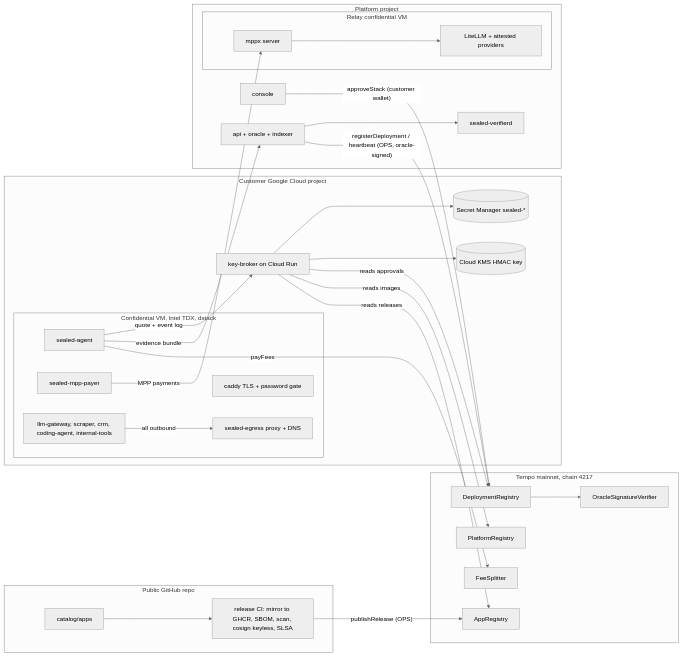
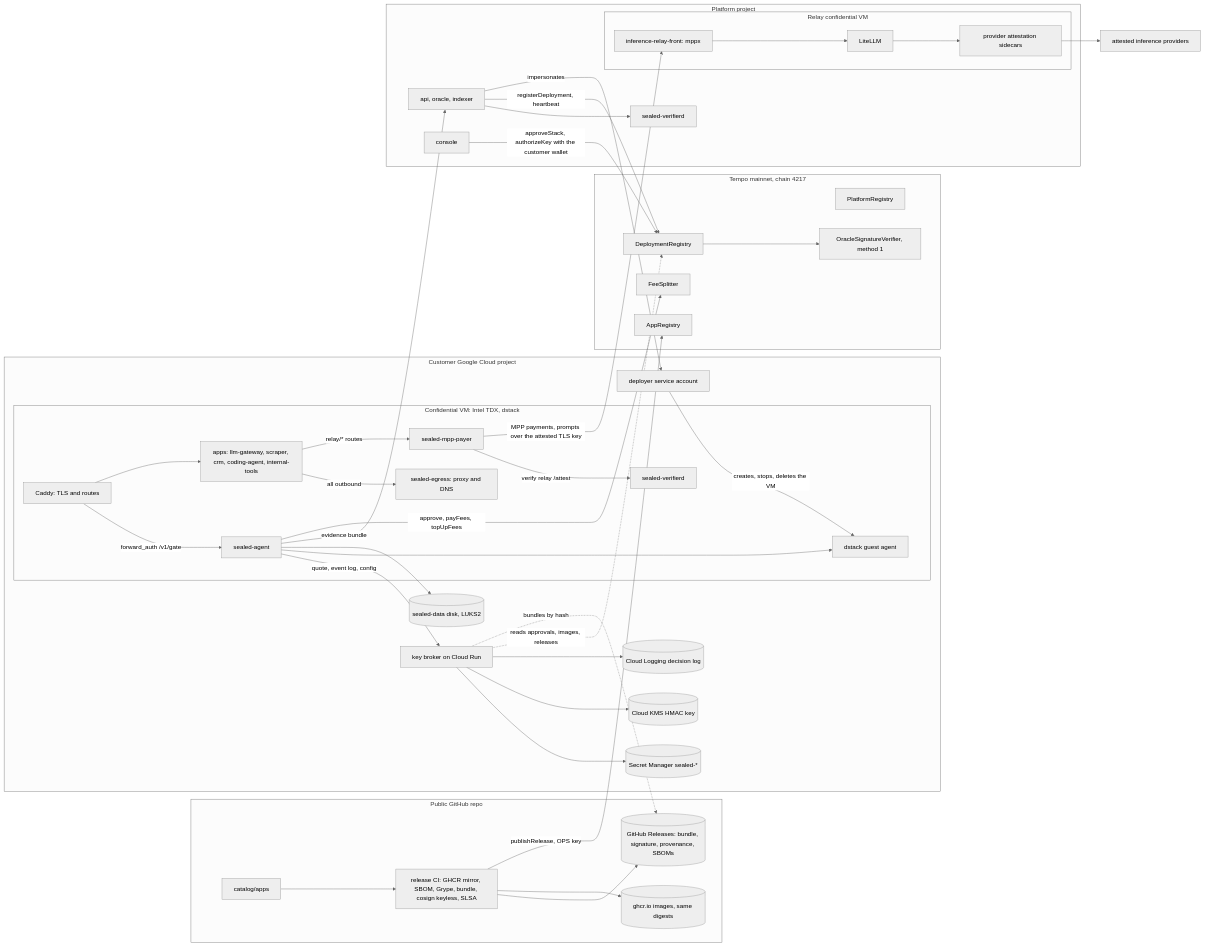
Before and after one commit to sealedtempo/sealed: the first of 3 diagrams in docs/ARCHITECTURE.md, drawn with Mermaid (neutral theme). The commit also changed other lines of this file and 5 other files, not shown here.

First line of the commit message:
docs: public README, architecture, threat model, verify, maintainers, ZK upgrade (spec 11)

````diff
--- a/docs/ARCHITECTURE.md
+++ b/docs/ARCHITECTURE.md
@@ -18,48 +20,70 @@
 ```mermaid
 flowchart LR
-  subgraph GH[Public GitHub repo]
-    CAT[catalog/apps] --> CI[release CI: mirror to GHCR, SBOM, scan, cosign keyless, SLSA]
+  subgraph GH["Public GitHub repo"]
+    CAT["catalog/apps"] --> RCI["release CI: GHCR mirror, SBOM, Grype, bundle, cosign keyless, SLSA"]
+    RCI --> REL[("GitHub Releases: bundle, signature, provenance, SBOMs")]
+    RCI --> GHCR[("ghcr.io images, same digests")]
   end
-  subgraph TEMPO[Tempo mainnet, chain 4217]
-    PR[PlatformRegistry]
-    AR[AppRegistry]
-    DR[DeploymentRegistry]
-    OV[OracleSignatureVerifier]
-    FS[FeeSplitter]
+
+  subgraph TEMPO["Tempo mainnet, chain 4217"]
+    PR["PlatformRegistry"]
+    AR["AppRegistry"]
+    DR["DeploymentRegistry"]
+    OSV["OracleSignatureVerifier, method 1"]
+    FS["FeeSplitter"]
+    DR --> OSV
   end
-  CI -- publishRelease (OPS) --> AR
-  subgraph CUST[Customer Google Cloud project]
-    KB[key-broker on Cloud Run]
-    SM[(Secret Manager sealed-*)]
-    KMS[(Cloud KMS HMAC key)]
-    subgraph CVM[Confidential VM, Intel TDX, dstack]
-      AG[sealed-agent]
-      EG[sealed-egress proxy + DNS]
-      CD[caddy TLS + password gate]
-      MP[sealed-mpp-payer]
-      APPS[llm-gateway, scraper, crm, coding-agent, internal-tools]
+  RCI -->|"publishRelease, OPS key"| AR
+
+  subgraph CUST["Customer Google Cloud project"]
+    KB["key broker on Cloud Run"]
+    SM[("Secret Manager sealed-*")]
+    KMS[("Cloud KMS HMAC key")]
+    LOG[("Cloud Logging decision log")]
+    DEP["deployer service account"]
+    DISK[("sealed-data disk, LUKS2")]
+    subgraph CVM["Confidential VM: Intel TDX, dstack"]
+      GA["dstack guest agent"]
+      AG["sealed-agent"]
+      EG["sealed-egress: proxy and DNS"]
+      CD["Caddy: TLS and routes"]
+      MP["sealed-mpp-payer"]
+      VD["sealed-verifierd"]
+      APPS["apps: llm-gateway, scraper, crm, coding-agent, internal-tools"]
     end
   end
-  subgraph PLAT[Platform project]
-    API[api + oracle + indexer]
-    CON[console]
-    VD[sealed-verifierd]
-    subgraph RVM[Relay confidential VM]
-      MPPX[mppx server] --> LL[LiteLLM + attested providers]
+
+  subgraph PLAT["Platform project"]
+    API["api, oracle, indexer"]
+    CON["console"]
+    VDP["sealed-verifierd"]
+    API --> VDP
+    subgraph RVM["Relay confidential VM"]
+      RF["inference-relay-front: mppx"] --> RL["LiteLLM"]
+      RL --> RS["provider attestation sidecars"]
     end
   end
+  PROV["attested inference providers"]
+  RS --> PROV
+
   KB --> SM
   KB --> KMS
-  AG -- quote + event log --> KB
-  KB -- reads approvals --> DR
-  KB -- reads images --> PR
-  KB -- reads releases --> AR
-  AG -- evidence bundle --> API
-  API --> VD
-  API -- registerDeployment / heartbeat (OPS, oracle-signed) --> DR
-  DR --> OV
-  AG -- payFees --> FS
-  MP -- MPP payments --> MPPX
-  APPS -- all outbound --> EG
-  CON -- approveStack (customer wallet) --> DR
+  KB --> LOG
+  AG -->|"quote, event log, config"| KB
+  KB -.->|"reads approvals, images, releases"| DR
+  KB -.->|"bundles by hash"| REL
+  AG --> GA
+  AG --> DISK
+  AG -->|"evidence bundle"| API
+  API -->|"registerDeployment, heartbeat"| DR
+  API -->|"impersonates"| DEP
+  DEP -->|"creates, stops, deletes the VM"| GA
+  AG -->|"approve, payFees, topUpFees"| FS
+  CD -->|"forward_auth /v1/gate"| AG
+  CD --> APPS
+  APPS -->|"all outbound"| EG
+  APPS -->|"relay/* routes"| MP
+  MP -->|"verify relay /attest"| VD
+  MP -->|"MPP payments, prompts over the attested TLS key"| RF
+  CON -->|"approveStack, authorizeKey with the customer wallet"| DR
 ```
````
